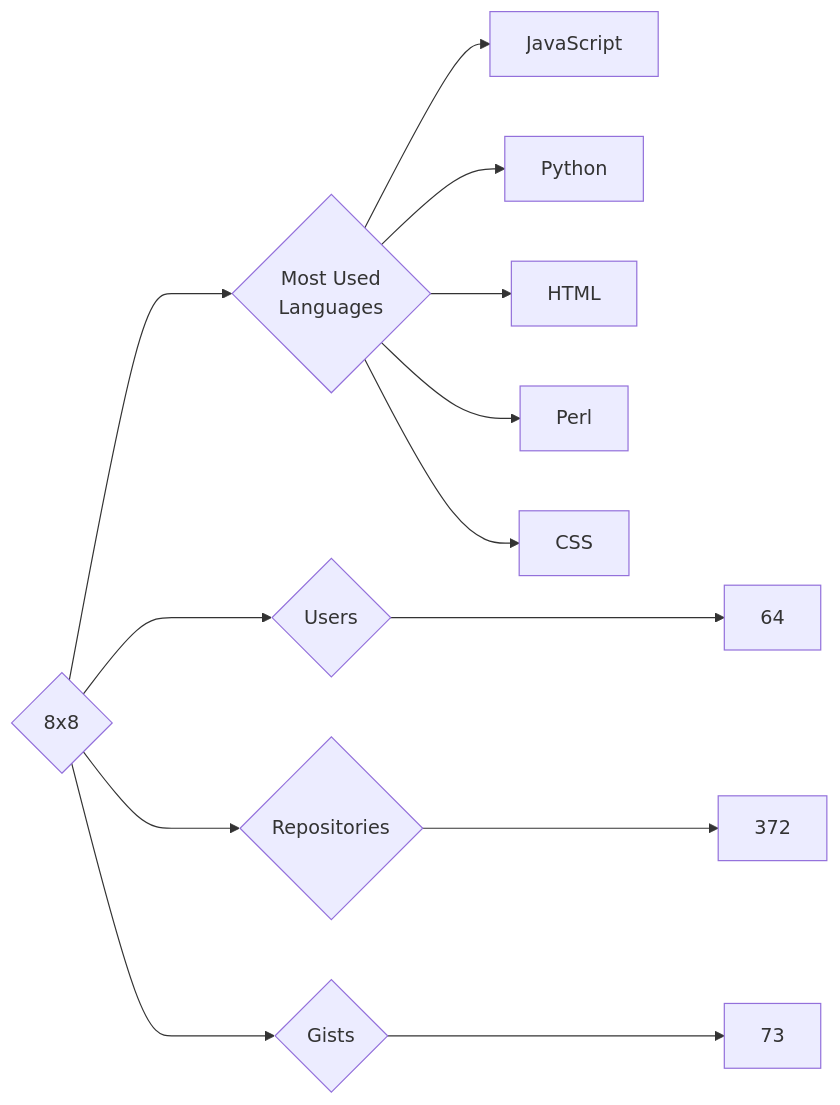
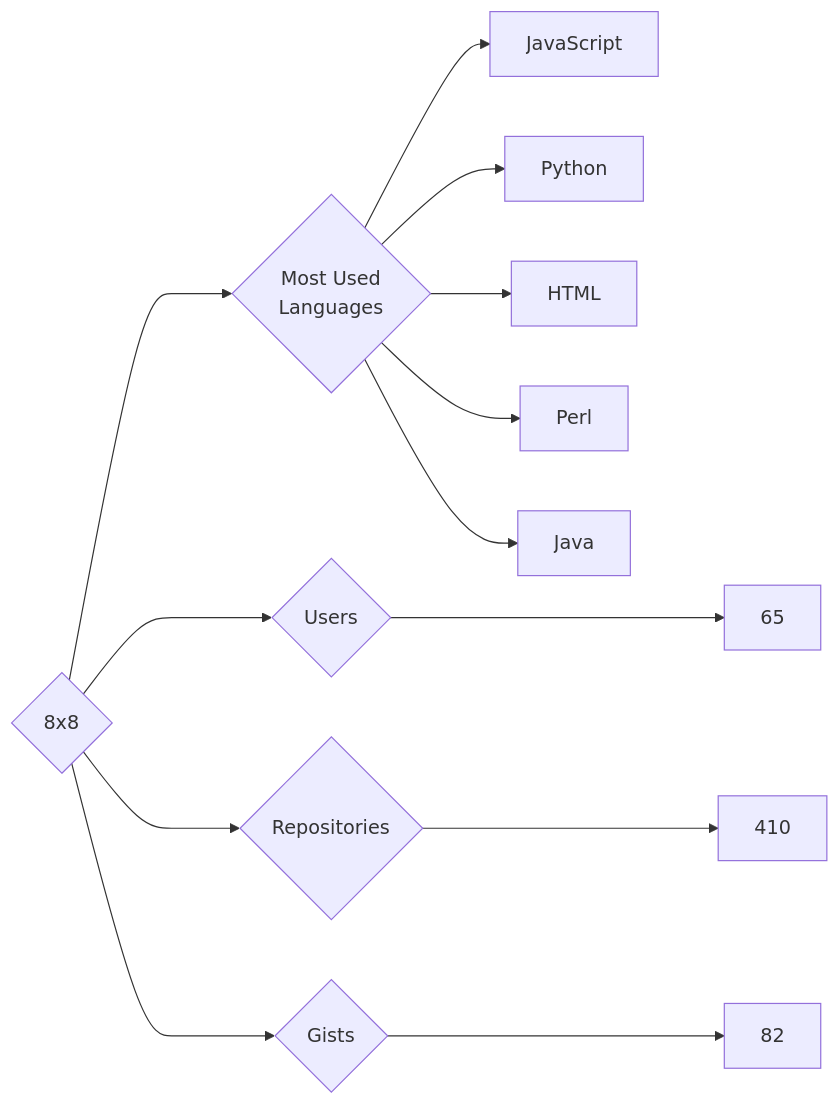
One commit to trickest/insiders changed the diagram in targets/8x8/README.md. Above: the diagram before and after it, drawn with Mermaid. The commit also changed 1238 other files, not shown here.

````diff
--- a/targets/8x8/README.md
+++ b/targets/8x8/README.md
@@ -3,13 +3,13 @@
 ```mermaid
 graph LR
 COMPANY_NAME{8x8}
-COMPANY_NAME ---> U{Users} ---> UN[64]
-COMPANY_NAME ---> R{Repositories} ---> RN[372]
-COMPANY_NAME ---> G{Gists} ---> GN[73]
+COMPANY_NAME ---> U{Users} ---> UN[65]
+COMPANY_NAME ---> R{Repositories} ---> RN[410]
+COMPANY_NAME ---> G{Gists} ---> GN[82]
 COMPANY_NAME ---> ML{Most Used<br>Languages}
 ML --> JavaScript[JavaScript]
 ML --> Python[Python]
 ML --> HTML[HTML]
 ML --> Perl[Perl]
-ML --> CSS[CSS]
+ML --> Java[Java]
 ```
````
